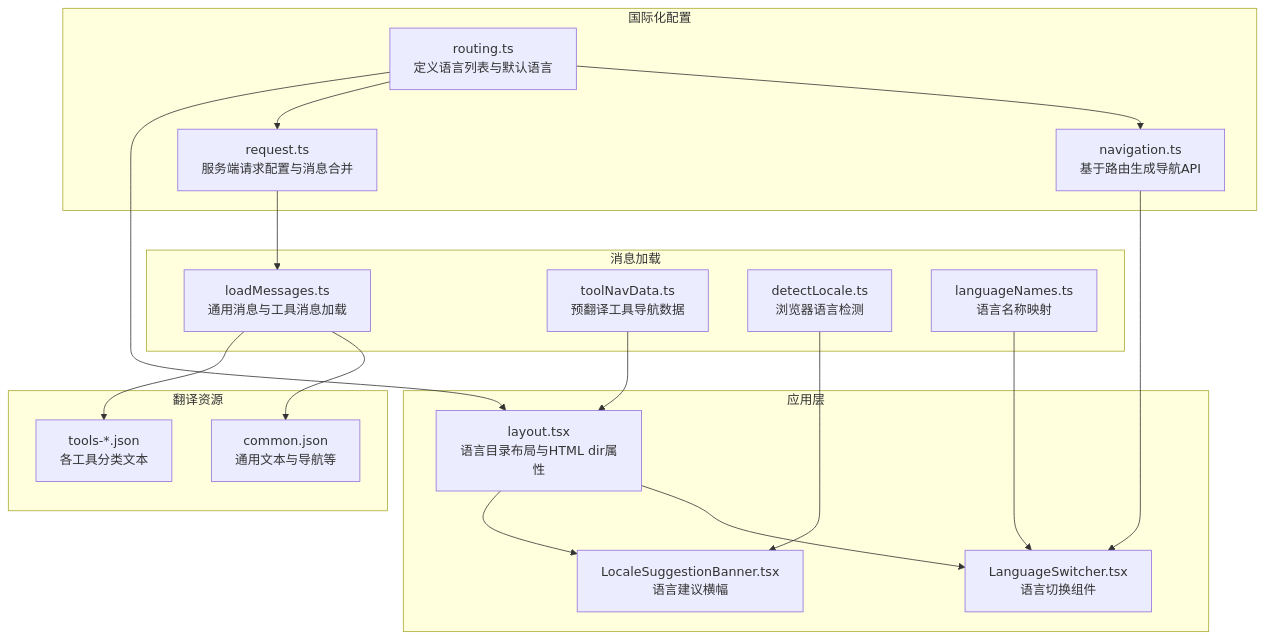
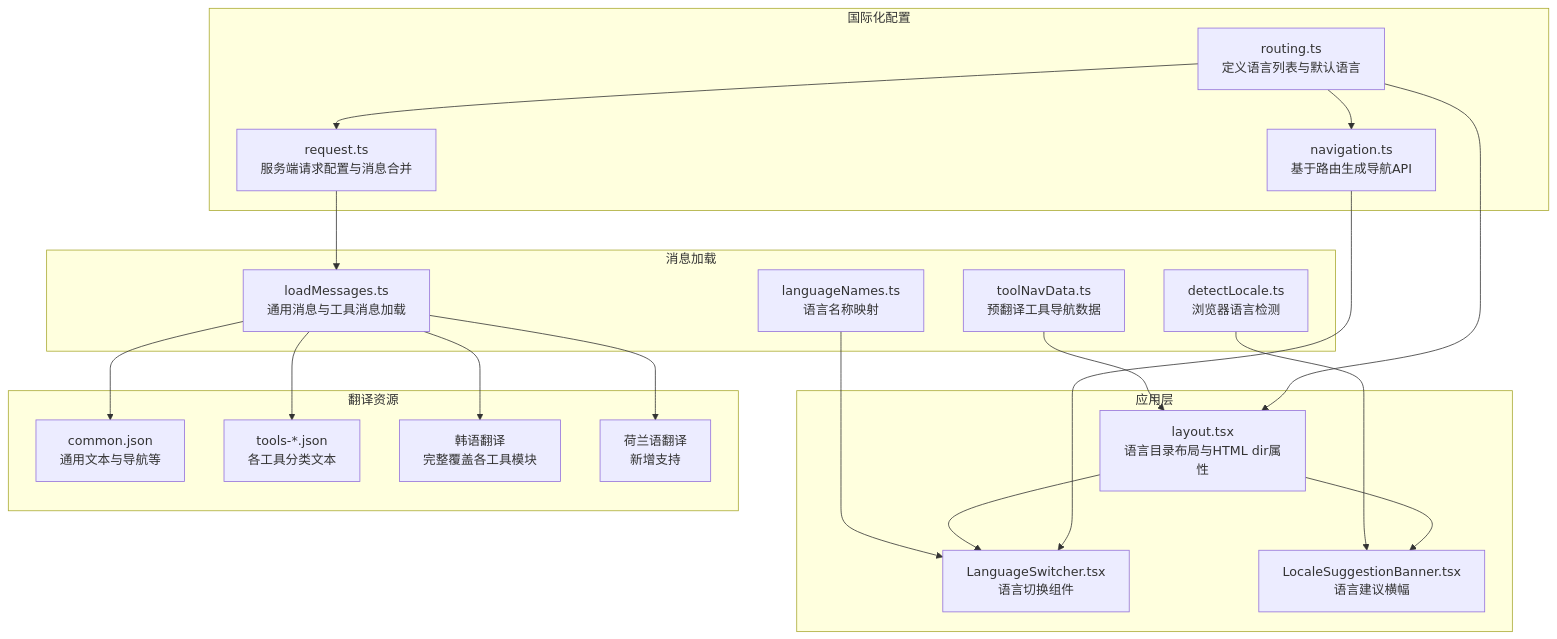
Before and after one commit to sgyy/privadeck: the first of 9 diagrams in .qoder/repowiki/zh/content/国际化系统.md, drawn with Mermaid. The commit also changed other lines of this file and 2 other files, not shown here.

````diff
--- a/.qoder/repowiki/zh/content/国际化系统.md
+++ b/.qoder/repowiki/zh/content/国际化系统.md
@@ -45,35 +55,39 @@
 ```mermaid
 graph TB
 subgraph "国际化配置"
 RT["routing.ts<br/>定义语言列表与默认语言"]
 NAV["navigation.ts<br/>基于路由生成导航API"]
 REQ["request.ts<br/>服务端请求配置与消息合并"]
 end
 subgraph "应用层"
 LAYOUT["layout.tsx<br/>语言目录布局与HTML dir属性"]
 SWITCH["LanguageSwitcher.tsx<br/>语言切换组件"]
 BANNER["LocaleSuggestionBanner.tsx<br/>语言建议横幅"]
 end
 subgraph "消息加载"
 LOAD["loadMessages.ts<br/>通用消息与工具消息加载"]
 TOOLNAV["toolNavData.ts<br/>预翻译工具导航数据"]
 DETECT["detectLocale.ts<br/>浏览器语言检测"]
 NAMES["languageNames.ts<br/>语言名称映射"]
 end
 subgraph "翻译资源"
 COMMON["common.json<br/>通用文本与导航等"]
 TOOLS["tools-*.json<br/>各工具分类文本"]
+KO["韩语翻译<br/>完整覆盖各工具模块"]
+NL["荷兰语翻译<br/>新增支持"]
 end
 RT --> NAV
 RT --> REQ
 RT --> LAYOUT
 NAV --> SWITCH
 LAYOUT --> SWITCH
 LAYOUT --> BANNER
 REQ --> LOAD
 LOAD --> COMMON
 LOAD --> TOOLS
+LOAD --> KO
+LOAD --> NL
 TOOLNAV --> LAYOUT
 DETECT --> BANNER
 NAMES --> SWITCH
 ```
````
